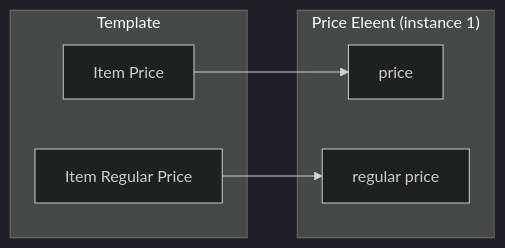
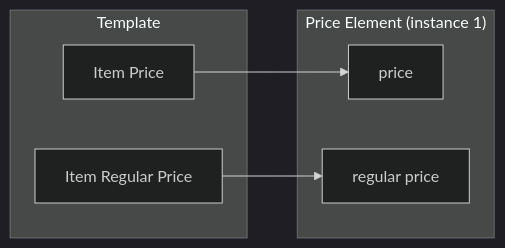
One commit to chili-publish/grafx-documentation changed the first of 4 diagrams in docs/GraFx-Studio/concepts/component-mapping/index.md. Above: the diagram before and after it, drawn with Mermaid (dark theme). The commit also changed 7 other files, not shown here.

````diff
--- a/docs/GraFx-Studio/concepts/component-mapping/index.md
+++ b/docs/GraFx-Studio/concepts/component-mapping/index.md
@@ -35,13 +35,13 @@
     ```mermaid
     flowchart LR
         subgraph Template
             T1["Item Price"]
             T2["Item Regular Price"]
         end
-        subgraph "Price Eleent (instance 1)"
+        subgraph "Price Element (instance 1)"
             C1["price"]
             C2["regular price"]
         end
         T1 --> C1
         T2 --> C2
     ```
````
